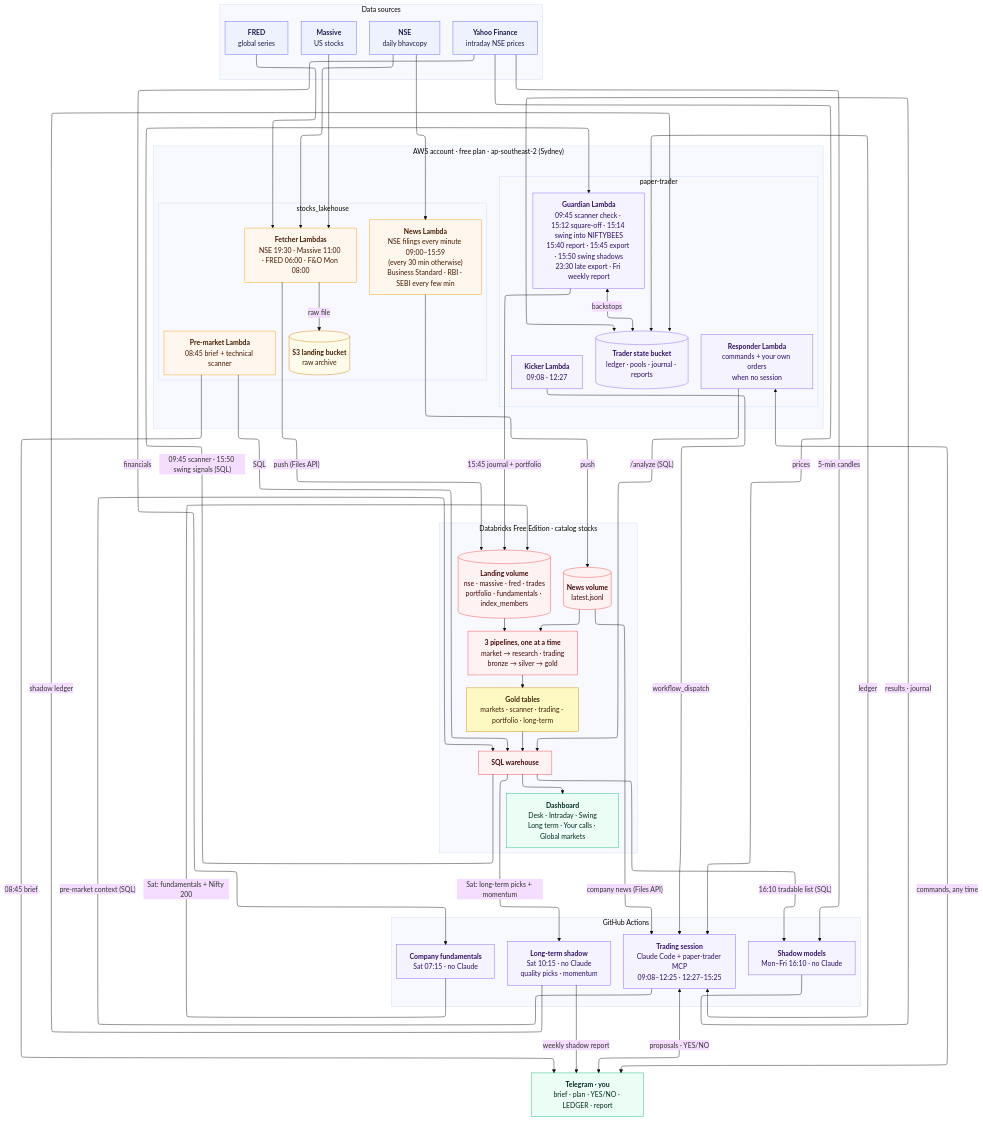
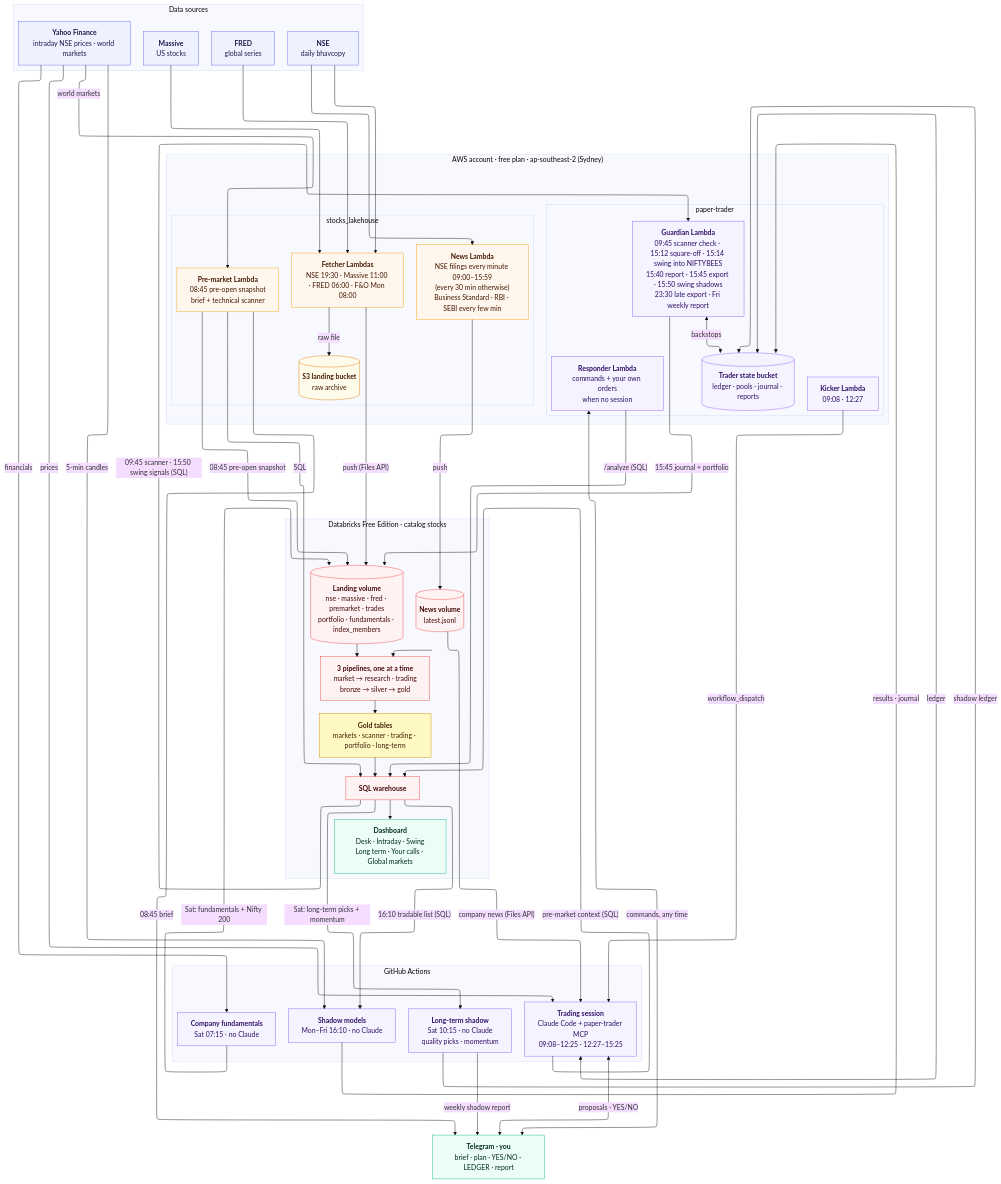
One commit to bumblebee26/stocks_lakehouse changed the diagram in docs/diagrams/05_platform.mmd. Above: the diagram before and after it, drawn with Mermaid (base theme). The commit also changed 19 other files, not shown here.

First line of the commit message:
Docs: pre-open snapshot job, nearer-target and retest shadow labels (#59)

```diff
--- a/docs/diagrams/05_platform.mmd
+++ b/docs/diagrams/05_platform.mmd
@@ -1,100 +1,102 @@
 ---
 config:
   layout: elk
   elk:
     mergeEdges: false
     nodePlacementStrategy: NETWORK_SIMPLEX
 ---
 %% Shared platform view: stocks_lakehouse + paper-trader.
 %% The same file lives in bumblebee26/paper-trader as docs/diagrams/01_platform.mmd; keep them identical.
 %% Secrets (SSM) and deployments (CI/CD) are left out on purpose: see 04_cicd and the security tables.
 flowchart TB
     subgraph SRC["Data sources"]
         direction LR
         NSE["<b>NSE</b><br/>daily bhavcopy"]
         MAS["<b>Massive</b><br/>US stocks"]
         FRED["<b>FRED</b><br/>global series"]
-        YF["<b>Yahoo Finance</b><br/>intraday NSE prices"]
+        YF["<b>Yahoo Finance</b><br/>intraday NSE prices · world markets"]
     end
 
     subgraph AWS["AWS account · free plan · ap-southeast-2 (Sydney)"]
         direction LR
         subgraph LHA["stocks_lakehouse"]
             direction TB
             FET["<b>Fetcher Lambdas</b><br/>NSE 19:30 · Massive 11:00 · FRED 06:00 · F&amp;O Mon 08:00"]
             S3L[("<b>S3 landing bucket</b><br/>raw archive")]
-            PM["<b>Pre-market Lambda</b><br/>08:45 brief + technical scanner"]
+            PM["<b>Pre-market Lambda</b><br/>08:45 pre-open snapshot<br/>brief + technical scanner"]
             NEWS["<b>News Lambda</b><br/>NSE filings every minute 09:00–15:59<br/>(every 30 min otherwise)<br/>Business Standard · RBI · SEBI every few min"]
         end
         subgraph PTA["paper-trader"]
             direction TB
             KICK["<b>Kicker Lambda</b><br/>09:08 · 12:27"]
             GUARD["<b>Guardian Lambda</b><br/>09:45 scanner check · 15:12 square-off · 15:14 swing into NIFTYBEES<br/>15:40 report · 15:45 export · 15:50 swing shadows<br/>23:30 late export · Fri weekly report"]
             S3T[("<b>Trader state bucket</b><br/>ledger · pools · journal · reports")]
             RESP["<b>Responder Lambda</b><br/>commands + your own orders<br/>when no session"]
         end
     end
 
     subgraph GHA["GitHub Actions"]
         direction TB
         SESS["<b>Trading session</b><br/>Claude Code + paper-trader MCP<br/>09:08–12:25 · 12:27–15:25"]
         FUND["<b>Company fundamentals</b><br/>Sat 07:15 · no Claude"]
         SHAD["<b>Long-term shadow</b><br/>Sat 10:15 · no Claude<br/>quality picks · momentum"]
         MODL["<b>Shadow models</b><br/>Mon–Fri 16:10 · no Claude"]
     end
 
     subgraph DBX["Databricks Free Edition · catalog stocks"]
         direction TB
-        VOL[("<b>Landing volume</b><br/>nse · massive · fred · trades<br/>portfolio · fundamentals · index_members")]
+        VOL[("<b>Landing volume</b><br/>nse · massive · fred · premarket · trades<br/>portfolio · fundamentals · index_members")]
         NVOL[("<b>News volume</b><br/>latest.jsonl")]
         PIPE["<b>3 pipelines, one at a time</b><br/>market → research · trading<br/>bronze → silver → gold"]
         GOLD["<b>Gold tables</b><br/>markets · scanner · trading · portfolio · long-term"]
         WH["<b>SQL warehouse</b>"]
         DASH["<b>Dashboard</b><br/>Desk · Intraday · Swing<br/>Long term · Your calls · Global markets"]
         VOL --> PIPE --> GOLD --> WH --> DASH
         NVOL --> PIPE
     end
 
     TG["<b>Telegram · you</b><br/>brief · plan · YES/NO · LEDGER · report"]
 
     NSE & MAS & FRED --> FET
     FET -- "raw file" --> S3L
     FET -- "push (Files API)" --> VOL
     NSE --> NEWS
     NEWS -- "push" --> NVOL
     PM -- "SQL" --> WH
+    YF -- "world markets" --> PM
+    PM -- "08:45 pre-open snapshot" --> VOL
     PM -- "08:45 brief" --> TG
     KICK -- "workflow_dispatch" --> SESS
     SESS -- "pre-market context (SQL)" --> WH
     YF -- "prices" --> SESS
     NVOL -- "company news (Files API)" --> SESS
     YF -- "financials" --> FUND
     FUND -- "Sat: fundamentals + Nifty 200" --> VOL
     WH -- "Sat: long-term picks + momentum" --> SHAD
     WH -- "16:10 tradable list (SQL)" --> MODL
     YF -- "5-min candles" --> MODL
     MODL -- "results · journal" --> S3T
     SHAD -- "shadow ledger" --> S3T
     SHAD -- "weekly shadow report" --> TG
     SESS <-- "ledger" --> S3T
     SESS <-- "proposals · YES/NO" --> TG
     GUARD <-- "backstops" --> S3T
     GUARD -- "15:45 journal + portfolio" --> VOL
     WH -- "09:45 scanner · 15:50 swing signals (SQL)" --> GUARD
     RESP <-- "commands, any time" --> TG
     RESP -- "/analyze (SQL)" --> WH
 
     classDef ext fill:#eef2ff,stroke:#6366f1,color:#1e1b4b
     classDef aws fill:#fff7ed,stroke:#f59e0b,color:#451a03
     classDef store fill:#fffbeb,stroke:#d97706,color:#451a03
     classDef trader fill:#f5f3ff,stroke:#8b5cf6,color:#2e1065
     classDef dbx fill:#fef2f2,stroke:#ef4444,color:#450a0a
     classDef gold fill:#fef9c3,stroke:#ca8a04,color:#422006
     classDef out fill:#ecfdf5,stroke:#10b981,color:#022c22
     class NSE,MAS,FRED,YF ext
     class FET,PM,NEWS aws
     class S3L store
     class KICK,GUARD,S3T,SESS,RESP,FUND,SHAD,MODL trader
     class VOL,NVOL,PIPE,WH dbx
     class GOLD gold
     class DASH,TG out
```
